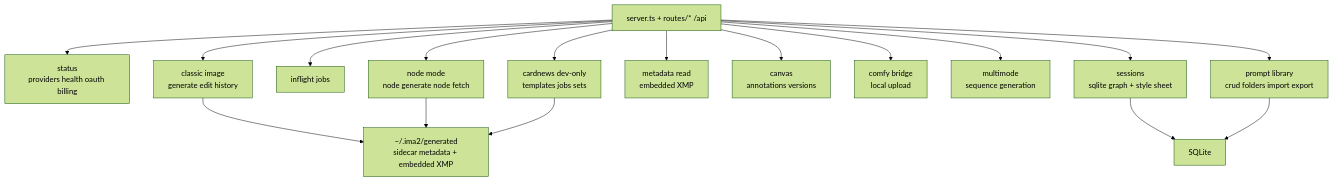
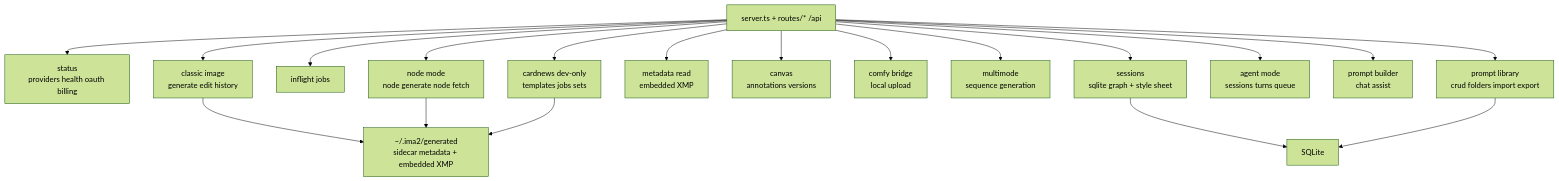
The diagram in structure/03-server-api.md (ChatPoongKun/ima2-gen), drawn with Mermaid (forest theme) before and after one commit. The commit also changed other lines of this file and 5 other files, not shown here.

First line of the commit message:
docs(structure): re-ground to code at 1.1.14; document Agent Mode + capabilities + prompt builder

````diff
--- a/structure/03-server-api.md
+++ b/structure/03-server-api.md
@@ -19,19 +19,21 @@
 ```mermaid
 graph TD
     API["server.ts + routes/* /api"] --> STATUS["status<br/>providers health oauth billing"]
     API --> IMG["classic image<br/>generate edit history"]
     API --> JOBS["inflight jobs"]
     API --> NODE["node mode<br/>node generate node fetch"]
     API --> SESS["sessions<br/>sqlite graph + style sheet"]
     API --> META["metadata read<br/>embedded XMP"]
     API --> CANVAS["canvas<br/>annotations versions"]
     API --> COMFY["comfy bridge<br/>local upload"]
     API --> MULTI["multimode<br/>sequence generation"]
     API --> PROMPTS["prompt library<br/>crud folders import export"]
+    API --> AGENT["agent mode<br/>sessions turns queue"]
+    API --> BUILDER["prompt builder<br/>chat assist"]
     API --> CARD["cardnews dev-only<br/>templates jobs sets"]
     IMG --> FILES["~/.ima2/generated<br/>sidecar metadata + embedded XMP"]
     NODE --> FILES
     SESS --> DB["SQLite"]
     PROMPTS --> DB
     CARD --> FILES
 ```
````
